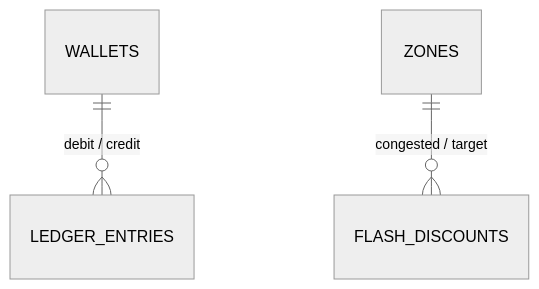
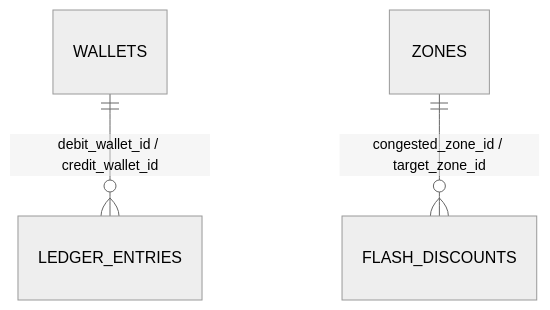
The diagram in database/ER_DIAGRAM.md (Myserytale/hathet_colectiv), drawn with Mermaid (neutral theme) before and after one commit. The commit also changed other lines of this file and 13 other files, not shown here.

````diff
--- a/database/ER_DIAGRAM.md
+++ b/database/ER_DIAGRAM.md
@@ -13,5 +13,5 @@
 ```mermaid
 erDiagram
-    WALLETS ||--o{ LEDGER_ENTRIES : "debit / credit"
-    ZONES ||--o{ FLASH_DISCOUNTS : "congested / target"
+    WALLETS ||--o{ LEDGER_ENTRIES : "debit_wallet_id / credit_wallet_id"
+    ZONES ||--o{ FLASH_DISCOUNTS : "congested_zone_id / target_zone_id"
 ```
````
